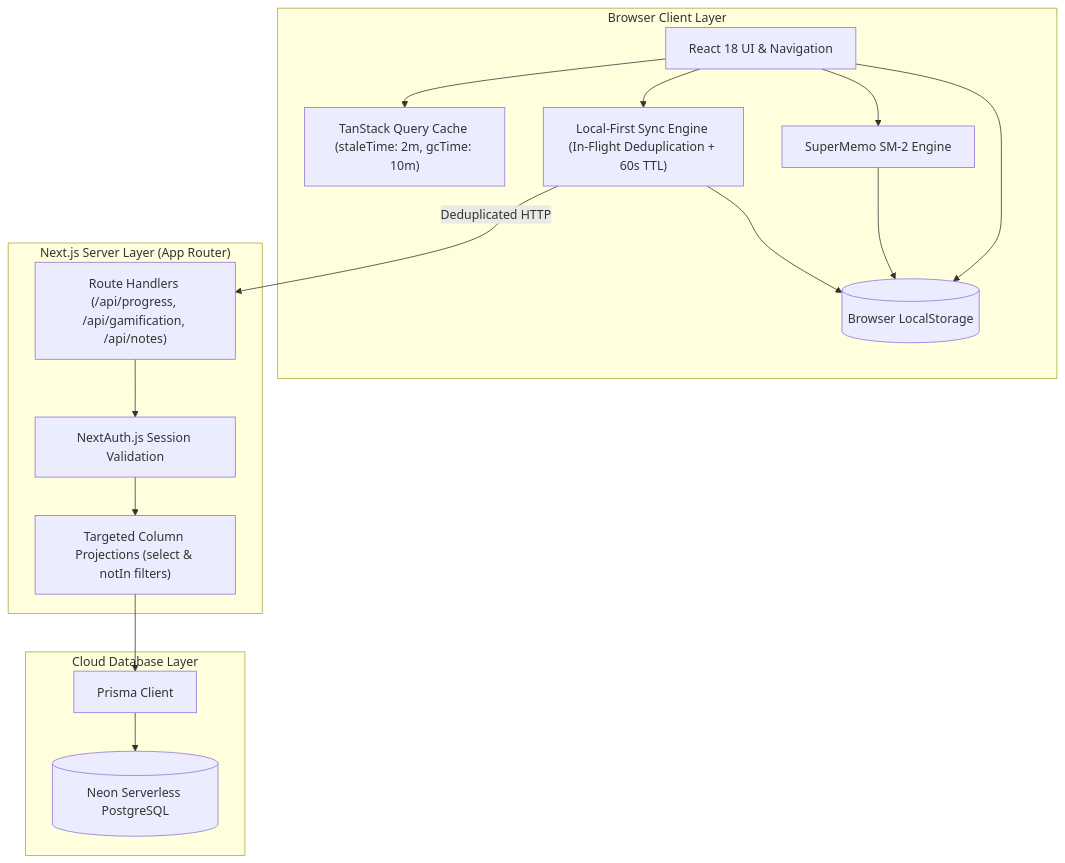
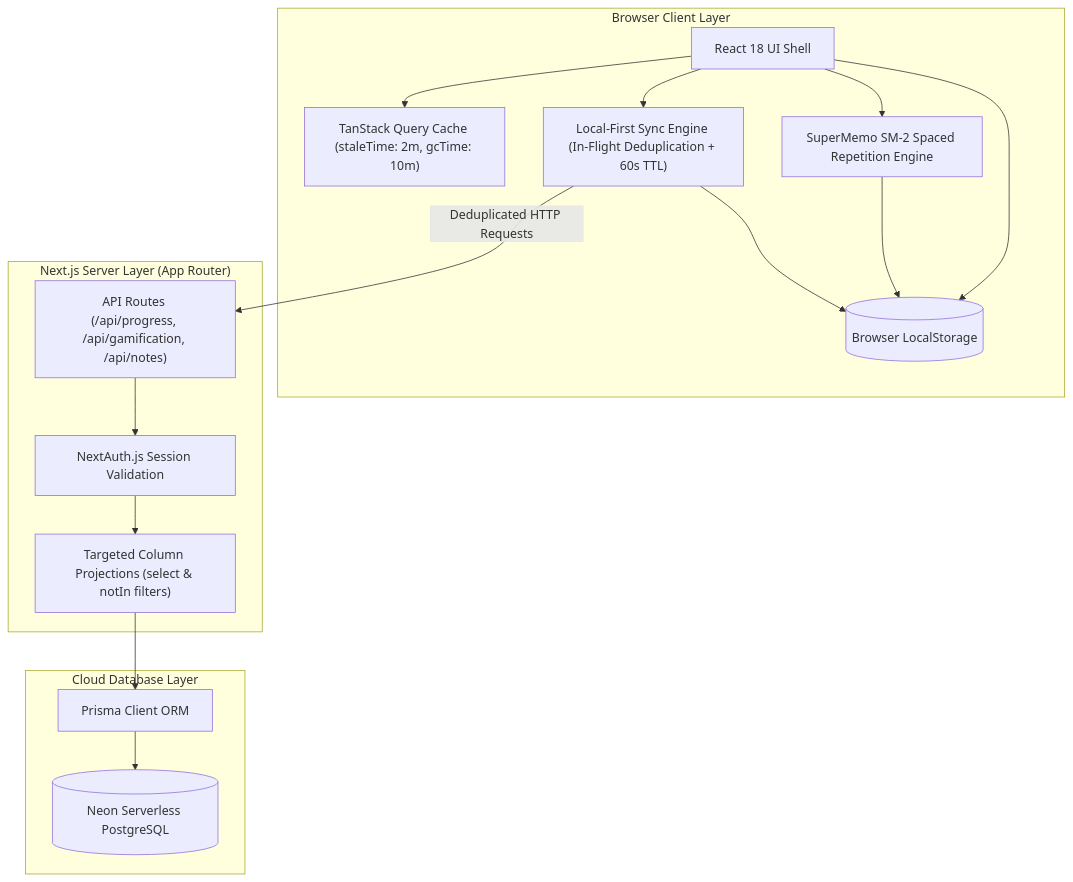
The first of 3 diagrams in README.md (iammehedi4201/LearnCraft), drawn with Mermaid before and after one commit. The commit also changed other lines of this file and 5 other files, not shown here.

````diff
--- a/README.md
+++ b/README.md
@@ -130,35 +167,35 @@
 ```mermaid
 graph TD
-    subgraph BrowserClient ["Browser Client Layer"]
-        UI["React 18 UI & Navigation"]
+    subgraph Client ["Browser Client Layer"]
+        UI["React 18 UI Shell"]
         TQ["TanStack Query Cache (staleTime: 2m, gcTime: 10m)"]
         LS[("Browser LocalStorage")]
-        SM2["SuperMemo SM-2 Engine"]
+        SM2["SuperMemo SM-2 Spaced Repetition Engine"]
         SyncEngine["Local-First Sync Engine (In-Flight Deduplication + 60s TTL)"]
     end
 
-    subgraph NextServer ["Next.js Server Layer (App Router)"]
+    subgraph Server ["Next.js Server Layer (App Router)"]
         AuthMiddleware["NextAuth.js Session Validation"]
-        RouteHandlers["Route Handlers (/api/progress, /api/gamification, /api/notes)"]
+        RouteHandlers["API Routes (/api/progress, /api/gamification, /api/notes)"]
         ColumnProjection["Targeted Column Projections (select & notIn filters)"]
     end
 
-    subgraph DatabaseLayer ["Cloud Database Layer"]
-        PrismaClient["Prisma Client"]
+    subgraph Database ["Cloud Database Layer"]
+        PrismaClient["Prisma Client ORM"]
         NeonDB[("Neon Serverless PostgreSQL")]
     end
 
     UI --> TQ
     UI --> LS
     UI --> SM2
     SM2 --> LS
 
     UI --> SyncEngine
     SyncEngine --> LS
-    SyncEngine -->|Deduplicated HTTP| RouteHandlers
+    SyncEngine -->|Deduplicated HTTP Requests| RouteHandlers
 
     RouteHandlers --> AuthMiddleware
     AuthMiddleware --> ColumnProjection
     ColumnProjection --> PrismaClient
     PrismaClient --> NeonDB
 ```
````
